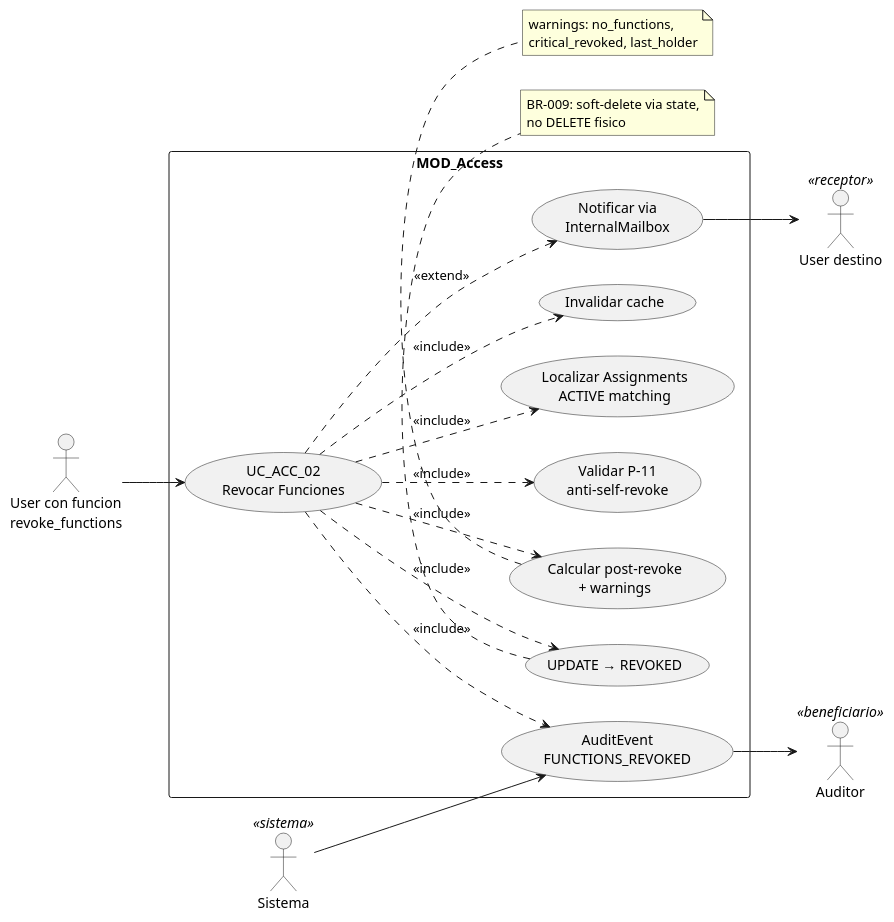
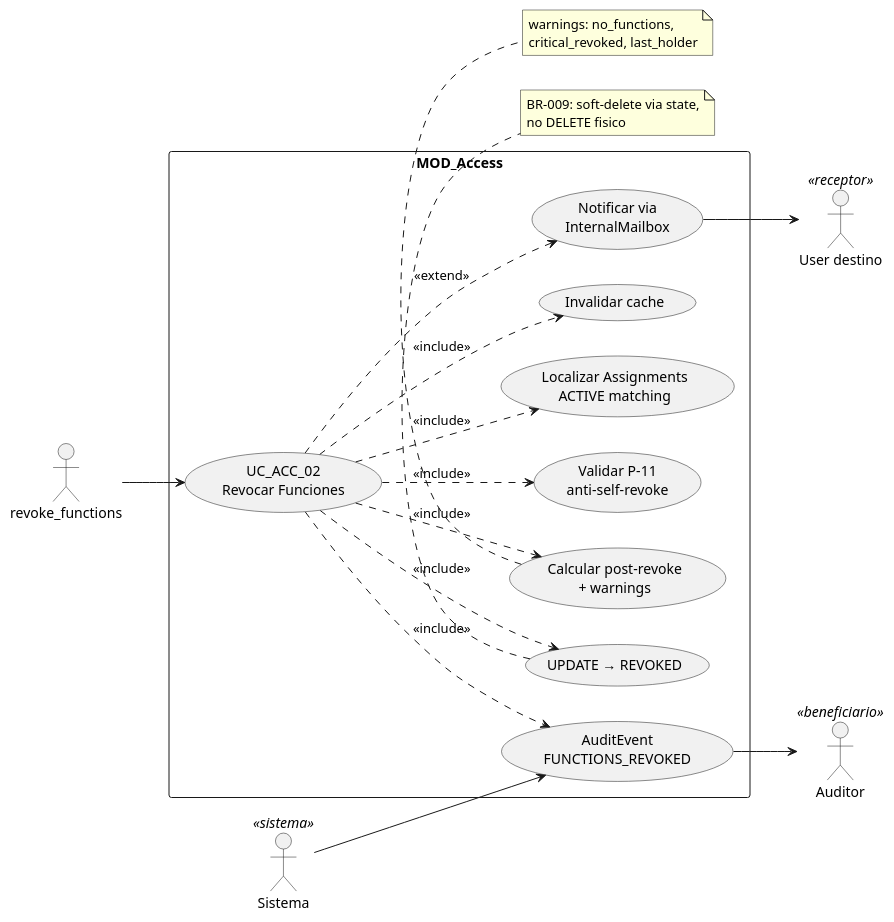
One commit to jcg-admin/IACT-docs changed the first of 4 diagrams in source/requisitos/casos-uso/access/uc-acc-02/diagramas-uml.rst. Above: the diagram before and after it, drawn with PlantUML. The commit also changed 77 other files, not shown here.

First line of the commit message:
Enforce RBAC function names as actors in all UML diagrams

```diff
--- a/source/requisitos/casos-uso/access/uc-acc-02/diagramas-uml.rst
+++ b/source/requisitos/casos-uso/access/uc-acc-02/diagramas-uml.rst
@@ -10,45 +10,45 @@
 .. uml::
  :caption: UC_ACC_02 — actores y casos asociados
 
  @startuml
 
  left to right direction
 
- actor "User con funcion\nrevoke_functions" as INVOKER
+ actor "revoke_functions" as INVOKER
  actor "User destino" as TARGET <<receptor>>
  actor "Auditor" as AUD <<beneficiario>>
  actor "Sistema" as SYS <<sistema>>
 
  rectangle "MOD_Access" {
    usecase "UC_ACC_02\nRevocar Funciones" as UC02
    usecase "Validar P-11\nanti-self-revoke" as P11
    usecase "Localizar Assignments\nACTIVE matching" as LOC
    usecase "Calcular post-revoke\n+ warnings" as CALC
    usecase "UPDATE → REVOKED" as UPD
    usecase "Invalidar cache" as CACHE
    usecase "Notificar via\nInternalMailbox" as NOT
    usecase "AuditEvent\nFUNCTIONS_REVOKED" as EMI
  }
 
  INVOKER --> UC02
  UC02 ..> P11 : <<include>>
  UC02 ..> LOC : <<include>>
  UC02 ..> CALC : <<include>>
  UC02 ..> UPD : <<include>>
  UC02 ..> CACHE : <<include>>
  UC02 ..> NOT : <<extend>>
  UC02 ..> EMI : <<include>>
  NOT --> TARGET
  SYS --> EMI
  EMI --> AUD
 
  note bottom of UPD
    BR-009: soft-delete via state,
    no DELETE fisico
  end note
  note bottom of CALC
    warnings: no_functions,
    critical_revoked, last_holder
  end note
 
  @enduml
```
